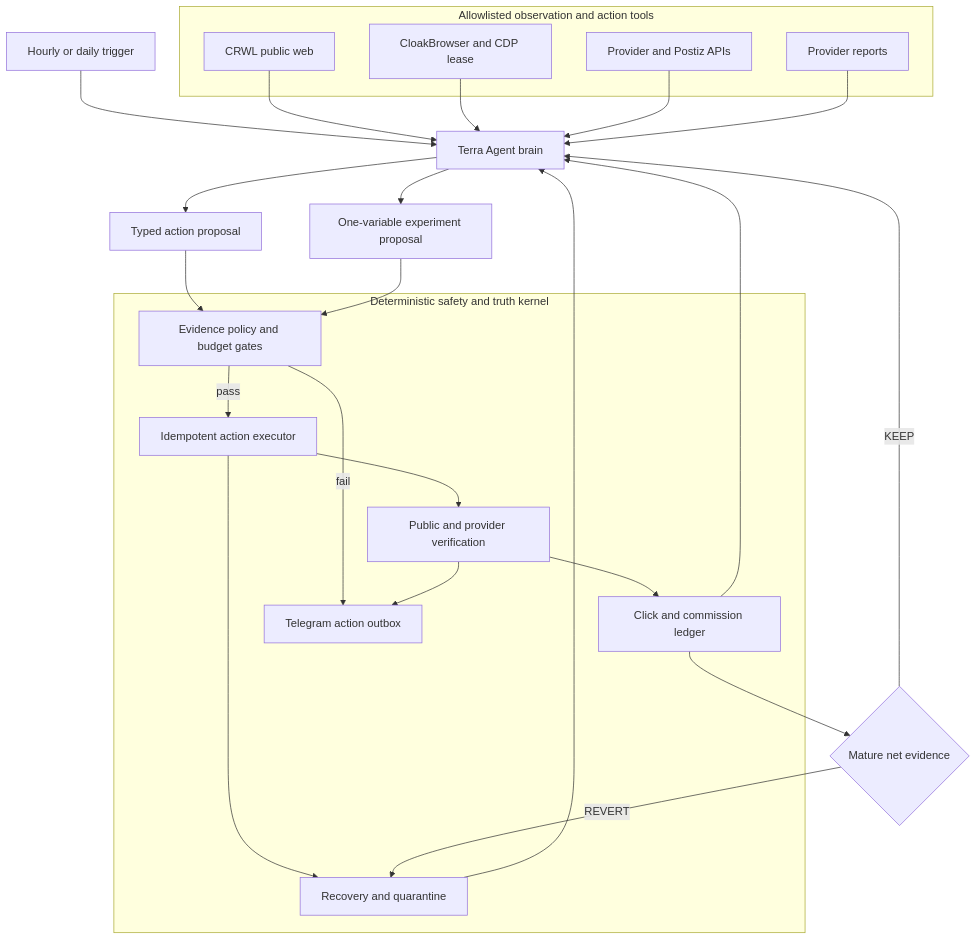
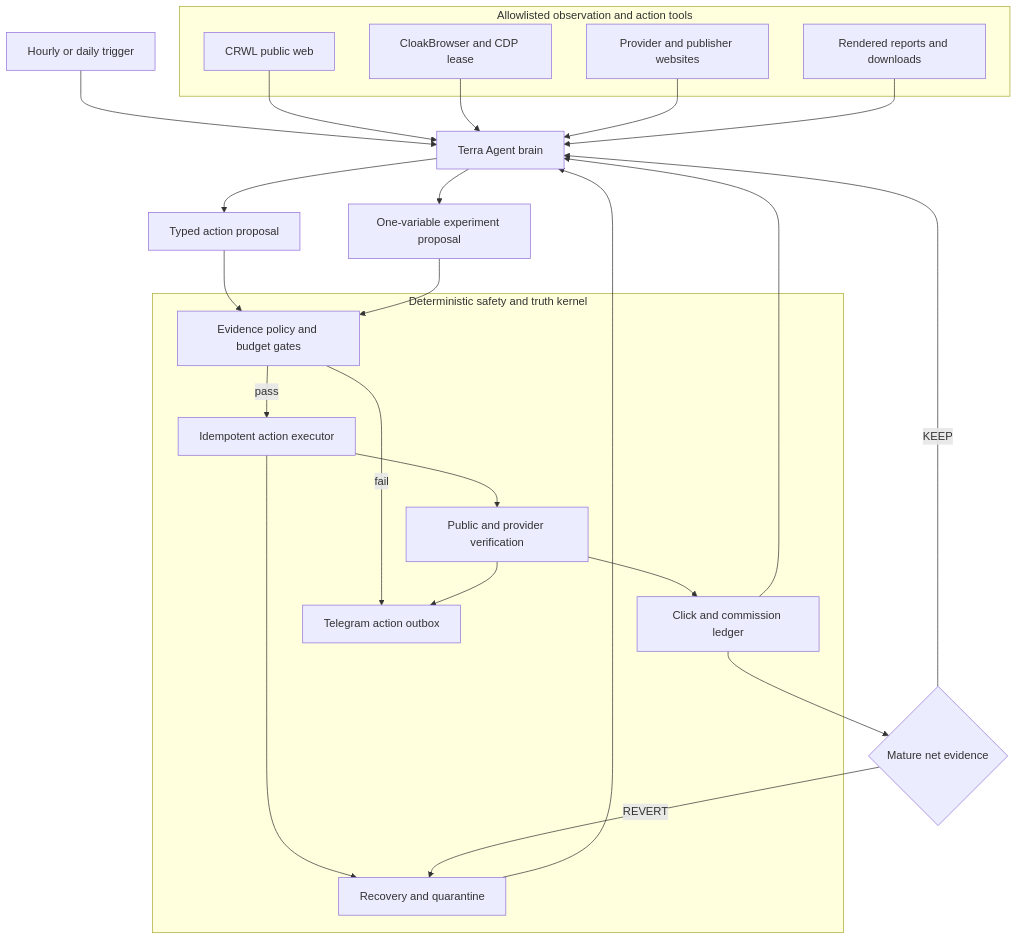
The first of 5 diagrams in docs/superpowers/specs/2026-08-05-affiliate-agent-design.md (Daisuke134/anicca), drawn with Mermaid before and after one commit. The commit also changed other lines of this file and 2 other files, not shown here.

````diff
--- a/docs/superpowers/specs/2026-08-05-affiliate-agent-design.md
+++ b/docs/superpowers/specs/2026-08-05-affiliate-agent-design.md
@@ -242,43 +254,43 @@
 ```mermaid
 flowchart TD
   T[Hourly or daily trigger] --> B[Terra Agent brain]
 
   subgraph Tools[Allowlisted observation and action tools]
     C[CRWL public web]
     CB[CloakBrowser and CDP lease]
-    API[Provider and Postiz APIs]
-    REP[Provider reports]
+    WEB[Provider and publisher websites]
+    REP[Rendered reports and downloads]
   end
 
   C --> B
   CB --> B
-  API --> B
+  WEB --> B
   REP --> B
 
   B --> P[Typed action proposal]
 
   subgraph Kernel[Deterministic safety and truth kernel]
     G[Evidence policy and budget gates]
     X[Idempotent action executor]
     V[Public and provider verification]
     L[Click and commission ledger]
     O[Telegram action outbox]
     R[Recovery and quarantine]
   end
 
   P --> G
   G -->|pass| X
   G -->|fail| O
   X --> V
   V --> L
   V --> O
   L --> B
   R --> B
   X --> R
 
   B --> E[One-variable experiment proposal]
   E --> G
   L --> D{Mature net evidence}
   D -->|KEEP| B
   D -->|REVERT| R
 ```
````
